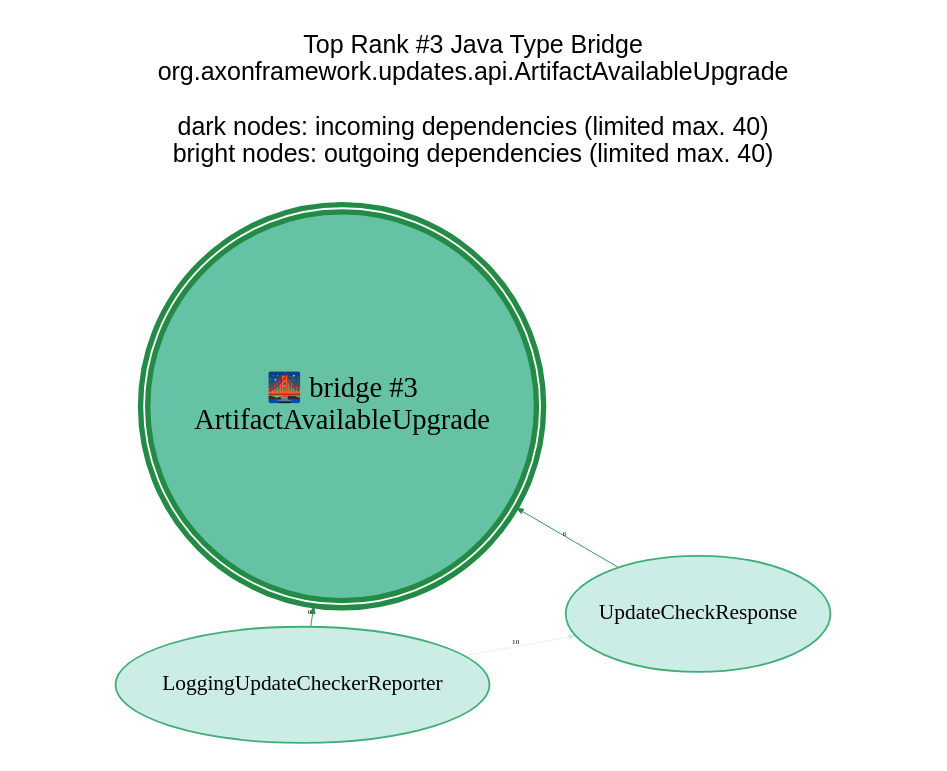
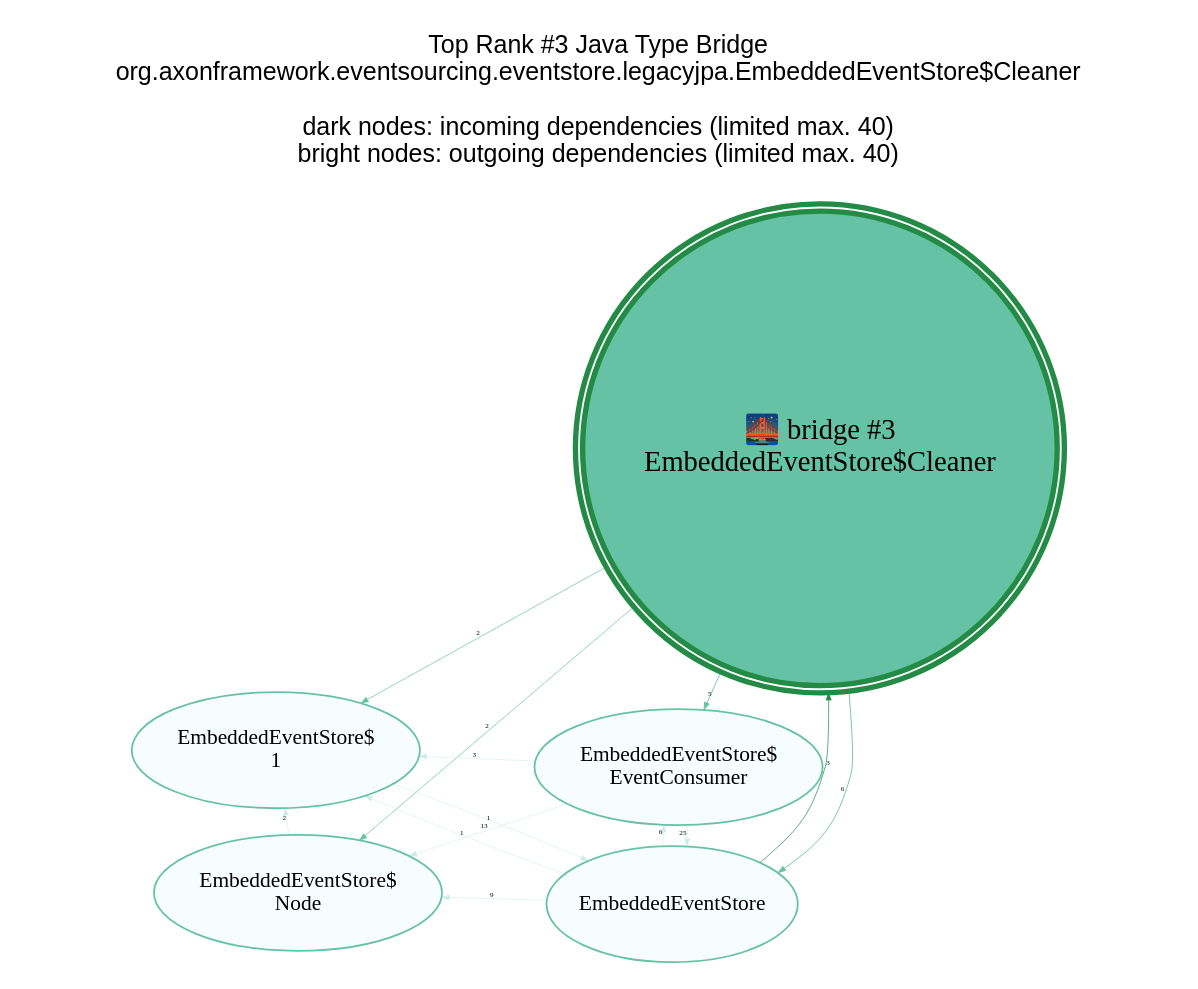
The diagram in analysis-results/AxonFramework/latest/anomaly-detection/Java_Type/GraphVisualizations/graphviz/TopBridge3.gv (JohT/code-graph-analysis-examples), drawn with Graphviz before and after one commit. The commit also changed 361 other files, not shown here.

```diff
--- a/analysis-results/AxonFramework/latest/anomaly-detection/Java_Type/GraphVisualizations/graphviz/TopBridge3.gv
+++ b/analysis-results/AxonFramework/latest/anomaly-detection/Java_Type/GraphVisualizations/graphviz/TopBridge3.gv
@@ -1,20 +1,30 @@
 // This GraphViz dot file was generated by the script convertQueryResultCsvToGraphVizDotFile.sh with TopCentral.template
 
 strict digraph TopBridge3 {
     graph [layout = "fdp"; start = "7"; splines = "spline"; pad = "0.8,0.1"; outputorder = "edgesfirst";];
     graph [fontname = "Helvetica,Arial,sans-serif"; labelloc = "t";];
     node [colorscheme = "bugn9"; color = 6; fillcolor = 3;];
     edge [colorscheme = "bugn9"; color = 7;];
     node [fontsize = 12; style = "filled"; margin = "0.03,0.03"; width="1.3"; height="0.9";];
     edge [fontsize = 4; arrowsize = "0.4";];
 
     central [shape = "doublecircle"; height = "2.0"; margin = "0.000001,0.000001";];
     central [fontsize = 16;];
     central [color = 7; fillcolor = 5; penwidth = 3;];
 
-	graph   [label="Top Rank #3 Java Type Bridge\norg.axonframework.updates.api.ArtifactAvailableUpgrade\n\ndark nodes: incoming dependencies (limited max. 40)\nbright nodes: outgoing dependencies (limited max. 40)\n\n"];
-	central [label="🌉 bridge #3\nArtifactAvailableUpgrade"];
-	"LoggingUpdateCheckerReporter_47983" [label = "LoggingUpdateCheckerReporter"; ]; "LoggingUpdateCheckerReporter_47983" -> central [label=6; weight=6; penwidth=0.5];
-	"UpdateCheckResponse_47985" [label = "UpdateCheckResponse"; ]; "UpdateCheckResponse_47985" -> central [label=6; weight=6; penwidth=0.5];
-	"LoggingUpdateCheckerReporter_47983" -> "UpdateCheckResponse_47985" [label=10; weight=10; penwidth=0.3; color = 3]
+	graph   [label="Top Rank #3 Java Type Bridge\norg.axonframework.eventsourcing.eventstore.legacyjpa.EmbeddedEventStore$Cleaner\n\ndark nodes: incoming dependencies (limited max. 40)\nbright nodes: outgoing dependencies (limited max. 40)\n\n"];
+	central [label="🌉 bridge #3\nEmbeddedEventStore$Cleaner"];
+	"EmbeddedEventStore_12536" [label = "EmbeddedEventStore"; ]; "EmbeddedEventStore_12536" -> central [label=3; weight=3; penwidth=0.4];
+	"EmbeddedEventStore_12536" [label = "EmbeddedEventStore"; color = 5; fillcolor = 1; ]; central -> "EmbeddedEventStore_12536" [label=6; weight=6; penwidth=0.5; color = 5];
+	"EmbeddedEventStore$EventConsumer_12524" [label = "EmbeddedEventStore$\nEventConsumer"; color = 5; fillcolor = 1; ]; central -> "EmbeddedEventStore$EventConsumer_12524" [label=5; weight=5; penwidth=0.5; color = 5];
+	"EmbeddedEventStore$1_12535" [label = "EmbeddedEventStore$\n1"; color = 5; fillcolor = 1; ]; central -> "EmbeddedEventStore$1_12535" [label=2; weight=2; penwidth=0.4; color = 5];
+	"EmbeddedEventStore$Node_12523" [label = "EmbeddedEventStore$\nNode"; color = 5; fillcolor = 1; ]; central -> "EmbeddedEventStore$Node_12523" [label=2; weight=2; penwidth=0.4; color = 5];
+	"EmbeddedEventStore$EventConsumer_12524" -> "EmbeddedEventStore_12536" [label=25; weight=25; penwidth=0.3; color = 3]
+	"EmbeddedEventStore$EventConsumer_12524" -> "EmbeddedEventStore$Node_12523" [label=13; weight=13; penwidth=0.3; color = 3]
+	"EmbeddedEventStore_12536" -> "EmbeddedEventStore$Node_12523" [label=9; weight=9; penwidth=0.3; color = 3]
+	"EmbeddedEventStore_12536" -> "EmbeddedEventStore$EventConsumer_12524" [label=6; weight=6; penwidth=0.3; color = 3]
+	"EmbeddedEventStore$EventConsumer_12524" -> "EmbeddedEventStore$1_12535" [label=3; weight=3; penwidth=0.3; color = 3]
+	"EmbeddedEventStore$Node_12523" -> "EmbeddedEventStore$1_12535" [label=2; weight=2; penwidth=0.3; color = 3]
+	"EmbeddedEventStore_12536" -> "EmbeddedEventStore$1_12535" [label=1; weight=1; penwidth=0.3; color = 3]
+	"EmbeddedEventStore$1_12535" -> "EmbeddedEventStore_12536" [label=1; weight=1; penwidth=0.3; color = 3]
 }
```
